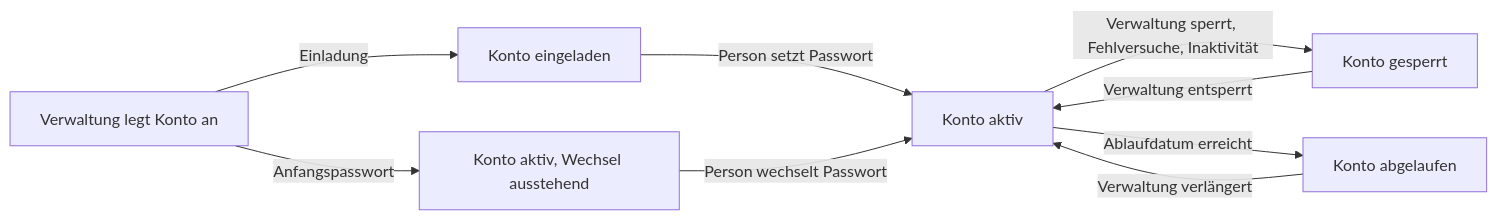
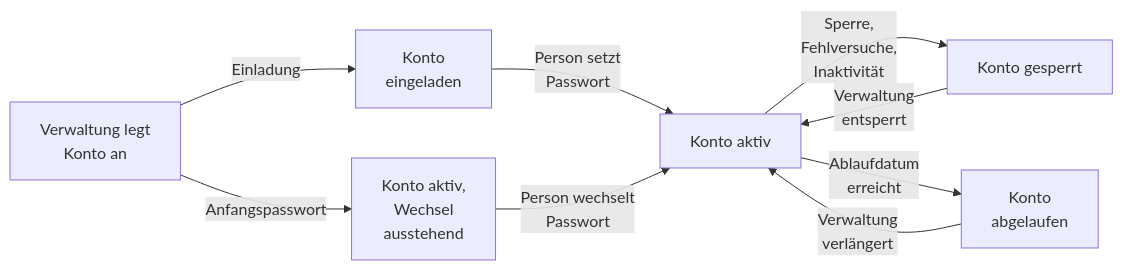
The diagram in docs/handbuch/benutzerverwaltung.md (criew/opaa), drawn with Mermaid before and after one commit. The commit also changed 11 other files, not shown here.

First line of the commit message:
docs(handbuch): Mermaid-Knoten mit kurzen Zeilen

````diff
--- a/docs/handbuch/benutzerverwaltung.md
+++ b/docs/handbuch/benutzerverwaltung.md
@@ -41,11 +41,11 @@
 ```mermaid
 flowchart LR
-    A[Verwaltung legt Konto an] -->|Einladung| B[Konto eingeladen]
-    A -->|Anfangspasswort| C[Konto aktiv, Wechsel ausstehend]
-    B -->|Person setzt Passwort| D[Konto aktiv]
-    C -->|Person wechselt Passwort| D
-    D -->|Verwaltung sperrt, Fehlversuche, Inaktivität| E[Konto gesperrt]
-    E -->|Verwaltung entsperrt| D
-    D -->|Ablaufdatum erreicht| F[Konto abgelaufen]
-    F -->|Verwaltung verlängert| D
+    A[Verwaltung legt<br/>Konto an] -->|Einladung| B[Konto<br/>eingeladen]
+    A -->|Anfangspasswort| C[Konto aktiv,<br/>Wechsel<br/>ausstehend]
+    B -->|Person setzt<br/>Passwort| D[Konto aktiv]
+    C -->|Person wechselt<br/>Passwort| D
+    D -->|Sperre,<br/>Fehlversuche,<br/>Inaktivität| E[Konto gesperrt]
+    E -->|Verwaltung<br/>entsperrt| D
+    D -->|Ablaufdatum<br/>erreicht| F[Konto<br/>abgelaufen]
+    F -->|Verwaltung<br/>verlängert| D
 ```
````
